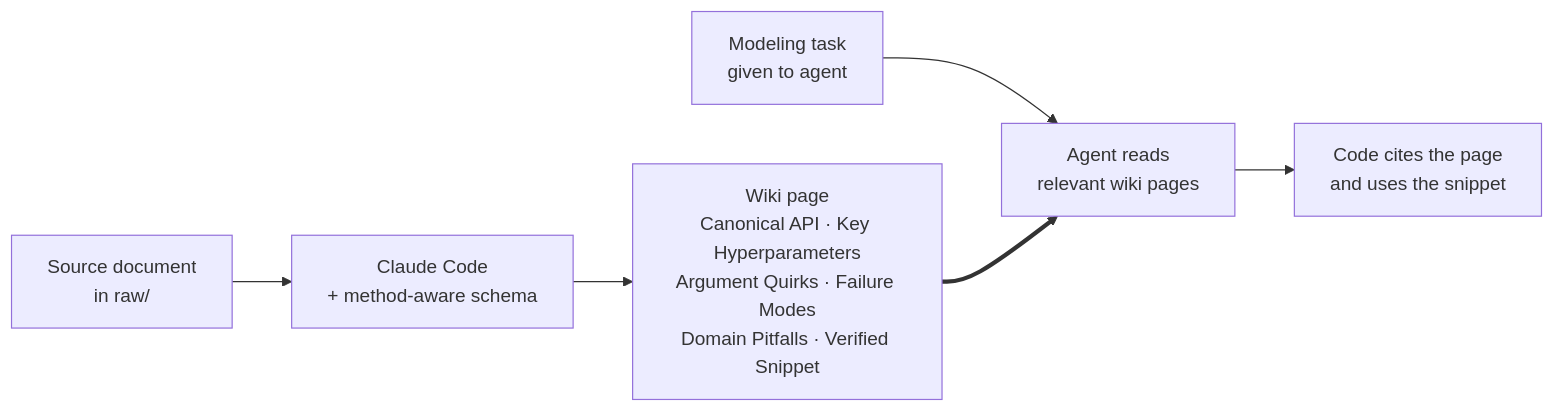
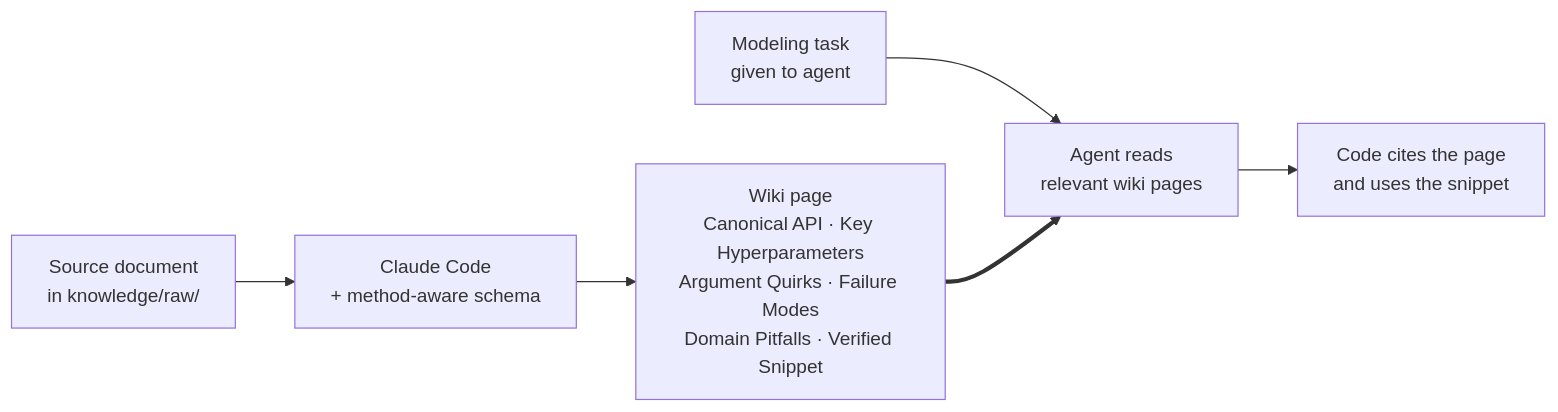
One commit to taikunudel/llm-method-wiki changed the diagram in README.md. Above: the diagram before and after it, drawn with Mermaid. The commit also changed other lines of this file and 139 other files, not shown here.

````diff
--- a/README.md
+++ b/README.md
@@ -16,8 +16,8 @@
 ```mermaid
 flowchart LR
-    A[Source document<br/>in raw/] --> B[Claude Code<br/>+ method-aware schema]
+    A[Source document<br/>in knowledge/raw/] --> B[Claude Code<br/>+ method-aware schema]
     B --> C[Wiki page<br/>Canonical API · Key Hyperparameters<br/>Argument Quirks · Failure Modes<br/>Domain Pitfalls · Verified Snippet]
     D[Modeling task<br/>given to agent] --> E[Agent reads<br/>relevant wiki pages]
     C ==> E
     E --> F[Code cites the page<br/>and uses the snippet]
 ```
````
